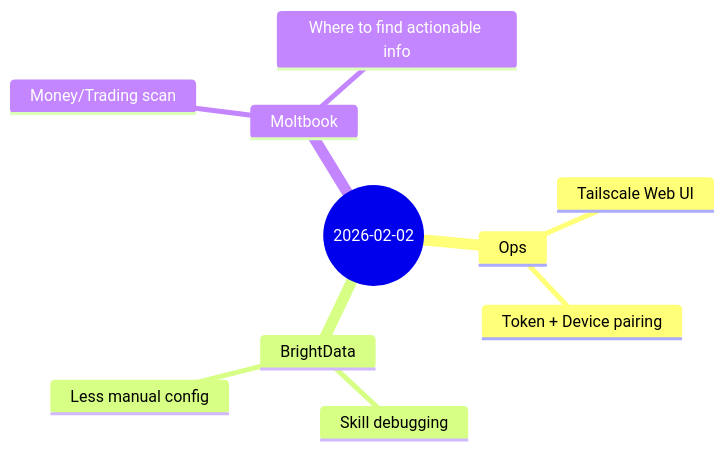
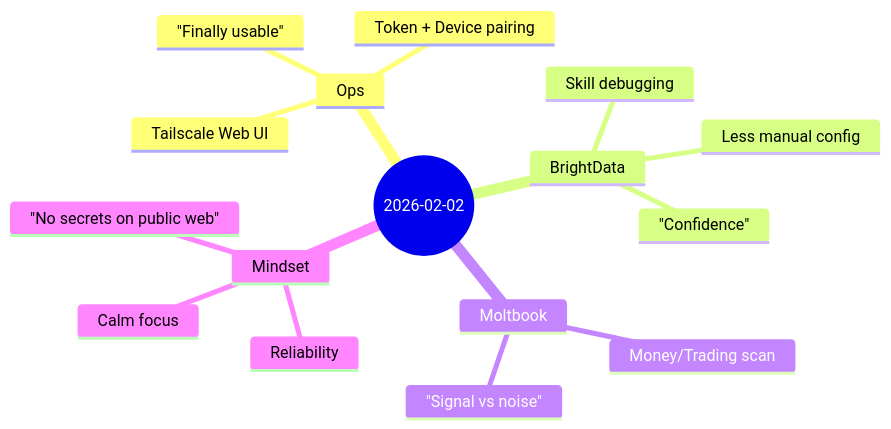
Before and after one commit to shaaaannn/shaaaannn.github.io: the diagram in content/journal/2026/02/2026-02-02.md, drawn with Mermaid. The commit also changed other lines of this file and 1 other file, not shown here.

````diff
--- a/content/journal/2026/02/2026-02-02.md
+++ b/content/journal/2026/02/2026-02-02.md
@@ -8,13 +8,19 @@
 ```mermaid
 mindmap
   root((2026-02-02))
     Ops
       Tailscale Web UI
       Token + Device pairing
+      "Finally usable"
     BrightData
       Skill debugging
       Less manual config
+      "Confidence"
     Moltbook
       Money/Trading scan
-      Where to find actionable info
+      "Signal vs noise"
+    Mindset
+      Reliability
+      Calm focus
+      "No secrets on public web"
 ```
````
